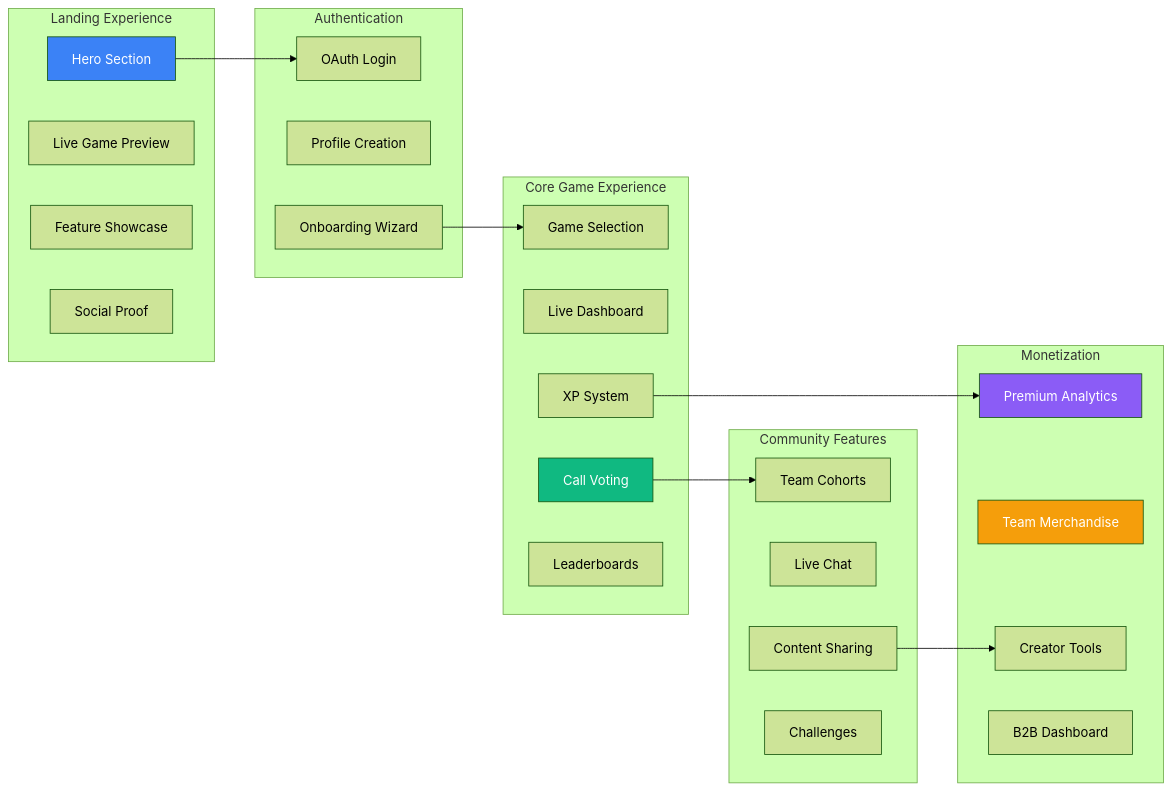
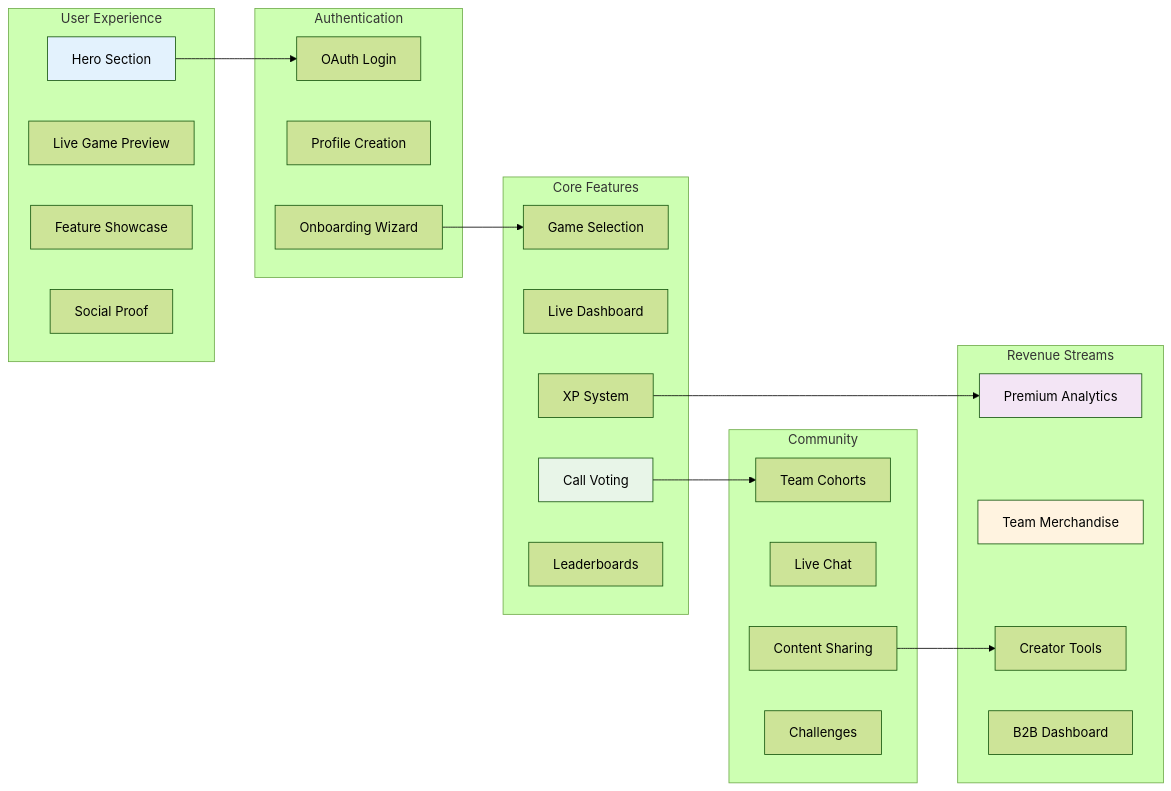
Before and after one commit to SkaFld-Ignite/ref-u-wireframes: the second of 9 diagrams in docs/investor-flows.md, drawn with Mermaid (forest theme). The commit also changed other lines of this file and 2 other files, not shown here.

Commit message:
Fix Mermaid diagram colors, perfect wireframe boxes, and rename investor sections to business overview

````diff
--- a/docs/investor-flows.md
+++ b/docs/investor-flows.md
@@ -51,48 +51,48 @@
 ```mermaid
 graph LR
-    subgraph "Landing Experience"
+    subgraph "User Experience"
         A1[Hero Section]
         A2[Live Game Preview]
         A3[Feature Showcase]
         A4[Social Proof]
     end
     
     subgraph "Authentication"
         B1[OAuth Login]
         B2[Profile Creation]
         B3[Onboarding Wizard]
     end
     
-    subgraph "Core Game Experience"
+    subgraph "Core Features"
         C1[Game Selection]
         C2[Live Dashboard]
         C3[Call Voting]
         C4[XP System]
         C5[Leaderboards]
     end
     
-    subgraph "Community Features"
+    subgraph "Community"
         D1[Team Cohorts]
         D2[Live Chat]
         D3[Content Sharing]
         D4[Challenges]
     end
     
-    subgraph "Monetization"
+    subgraph "Revenue Streams"
         E1[Premium Analytics]
         E2[Team Merchandise]
         E3[Creator Tools]
         E4[B2B Dashboard]
     end
     
     A1 --> B1
     B3 --> C1
     C3 --> D1
     C4 --> E1
     D3 --> E3
     
-    style A1 fill:#3b82f6,color:white
-    style C3 fill:#10b981,color:white
-    style E1 fill:#8b5cf6,color:white
-    style E2 fill:#f59e0b,color:white
+    style A1 fill:#e3f2fd
+    style C3 fill:#e8f5e8
+    style E1 fill:#f3e5f5
+    style E2 fill:#fff3e0
 ```
````
